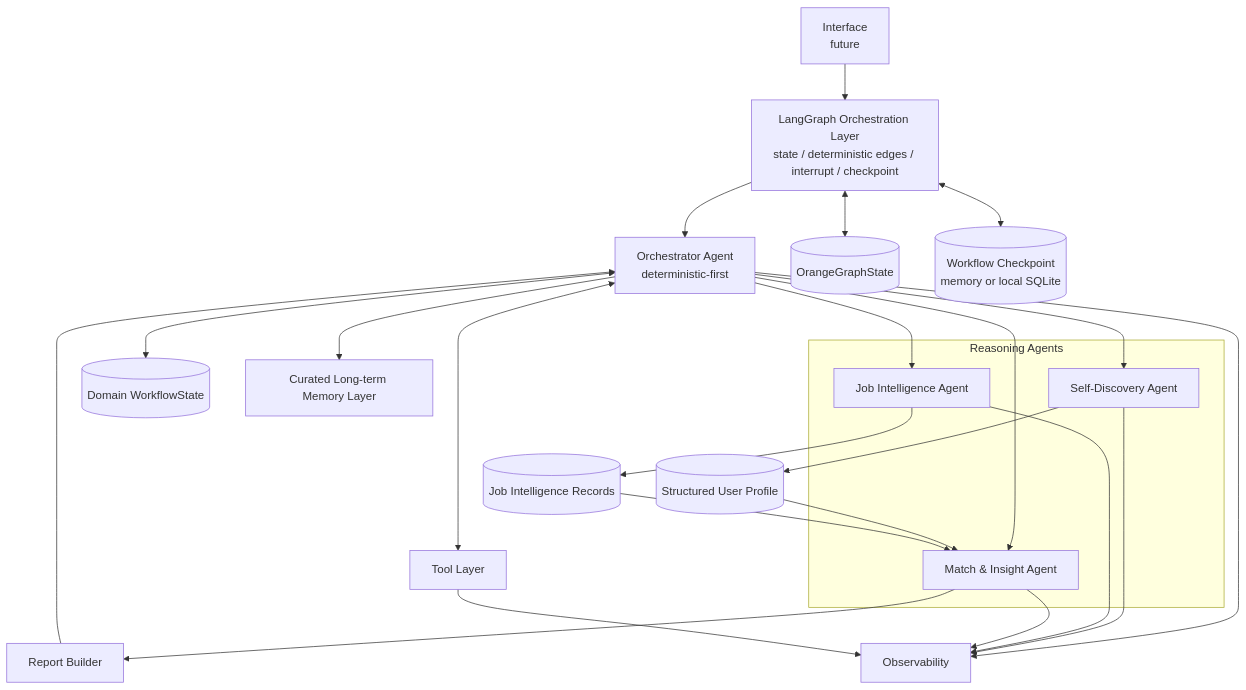
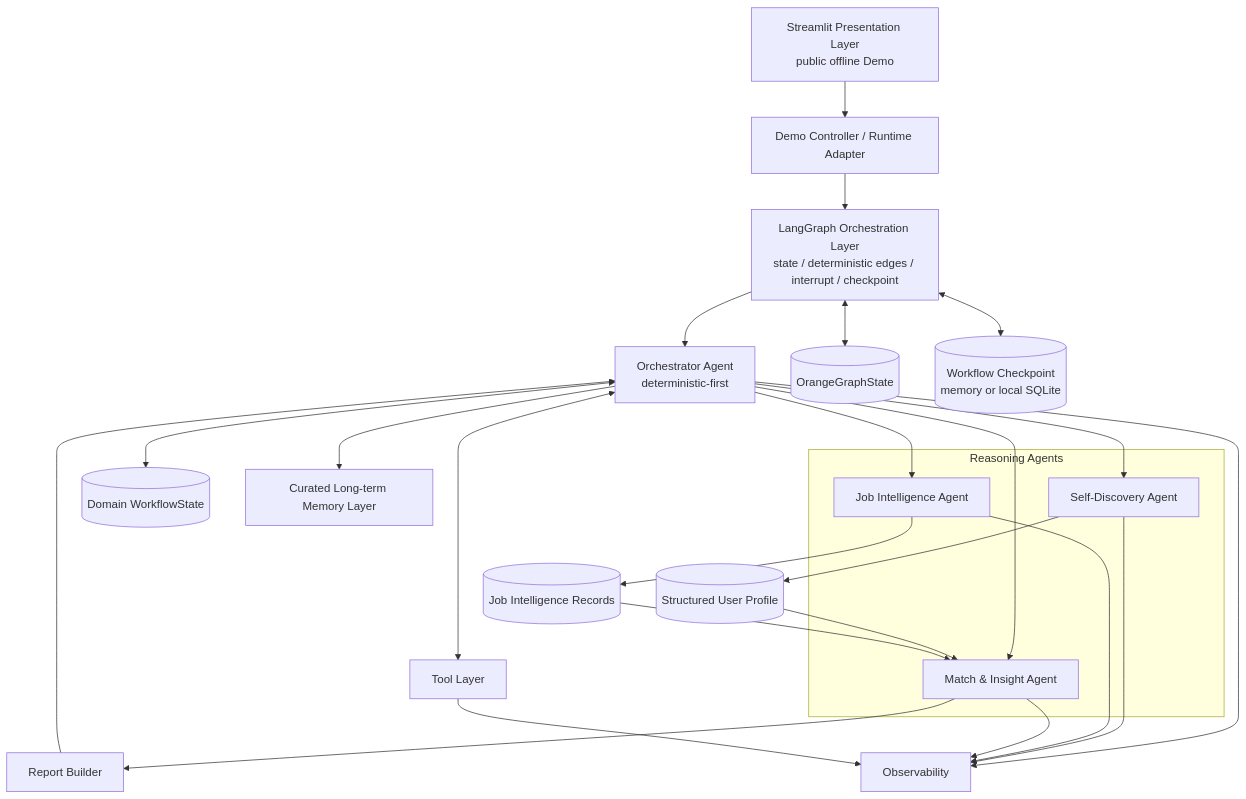
One commit to wangzch337-max/orange-career-agent changed the first of 12 diagrams in ARCHITECTURE.md. Above: the diagram before and after it, drawn with Mermaid. The commit also changed other lines of this file and 18 other files, not shown here.

Commit message:
feat: add interactive streamlit demo

````diff
--- a/ARCHITECTURE.md
+++ b/ARCHITECTURE.md
@@ -11,32 +11,33 @@
 ```mermaid
 flowchart TB
-    UI[Interface<br/>future] --> LG[LangGraph Orchestration Layer<br/>state / deterministic edges / interrupt / checkpoint]
+    UI[Streamlit Presentation Layer<br/>public offline Demo] --> DC[Demo Controller / Runtime Adapter]
+    DC --> LG[LangGraph Orchestration Layer<br/>state / deterministic edges / interrupt / checkpoint]
     LG --> O[Orchestrator Agent<br/>deterministic-first]
 
     subgraph Reasoning[Reasoning Agents]
       S[Self-Discovery Agent]
       J[Job Intelligence Agent]
       M[Match & Insight Agent]
     end
 
     O --> S
     O --> J
     O --> M
     S --> UP[(Structured User Profile)]
     J --> JR[(Job Intelligence Records)]
     UP --> M
     JR --> M
     M --> RB[Report Builder]
     RB --> O
 
     LG <--> GS[(OrangeGraphState)]
     LG <--> CP[(Workflow Checkpoint<br/>memory or local SQLite)]
     O <--> SS[(Domain WorkflowState)]
     O --> ML[Curated Long-term Memory Layer]
     O <--> TL[Tool Layer]
     O --> OB[Observability]
     S --> OB
     J --> OB
     M --> OB
     TL --> OB
 ```
````
